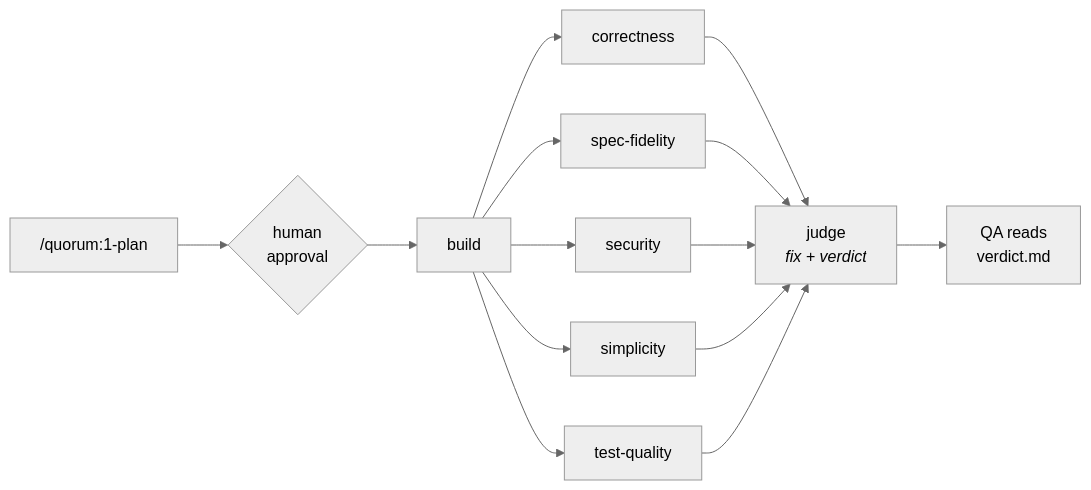
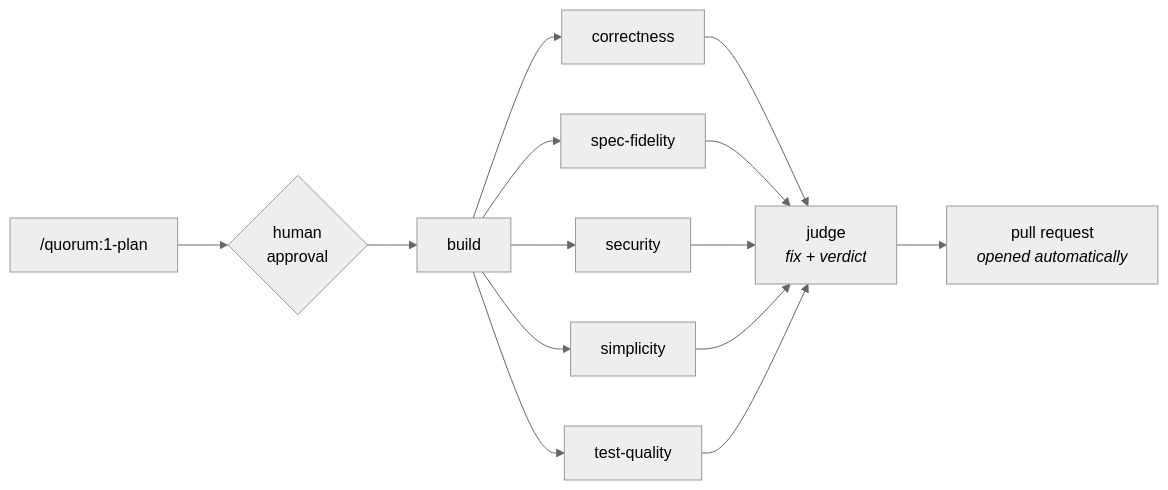
Before and after one commit to AiFirstDevelopment/starter: the diagram in README.md, drawn with Mermaid (neutral theme). The commit also changed other lines of this file and 17 other files, not shown here.

````diff
--- a/README.md
+++ b/README.md
@@ -100,16 +108,16 @@
 ```mermaid
 flowchart LR
     P["/quorum:1-plan"] --> G{"human<br/>approval"}
     G --> B["build"]
     B --> R1["correctness"]
     B --> R2["spec-fidelity"]
     B --> R3["security"]
     B --> R4["simplicity"]
     B --> R5["test-quality"]
     R1 --> J["judge<br/><i>fix + verdict</i>"]
     R2 --> J
     R3 --> J
     R4 --> J
     R5 --> J
-    J --> QA["QA reads<br/>verdict.md"]
+    J --> PR["pull request<br/><i>opened automatically</i>"]
 ```
````
